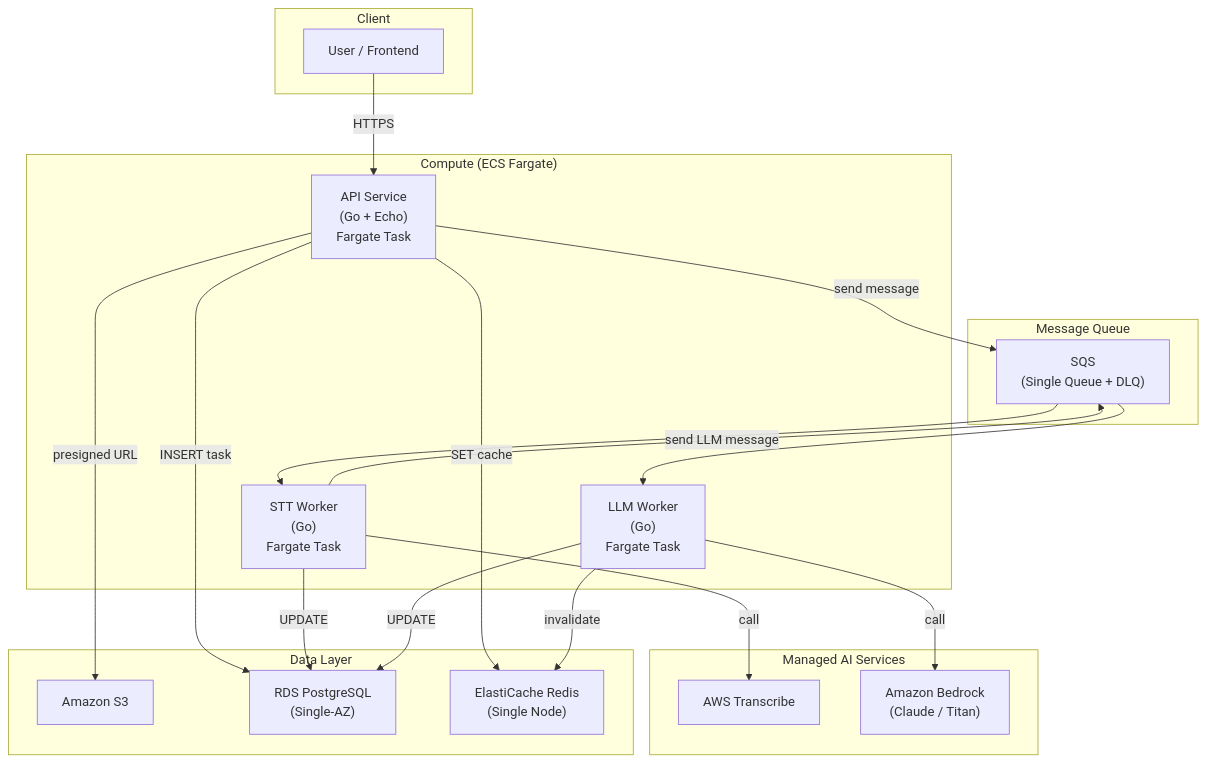
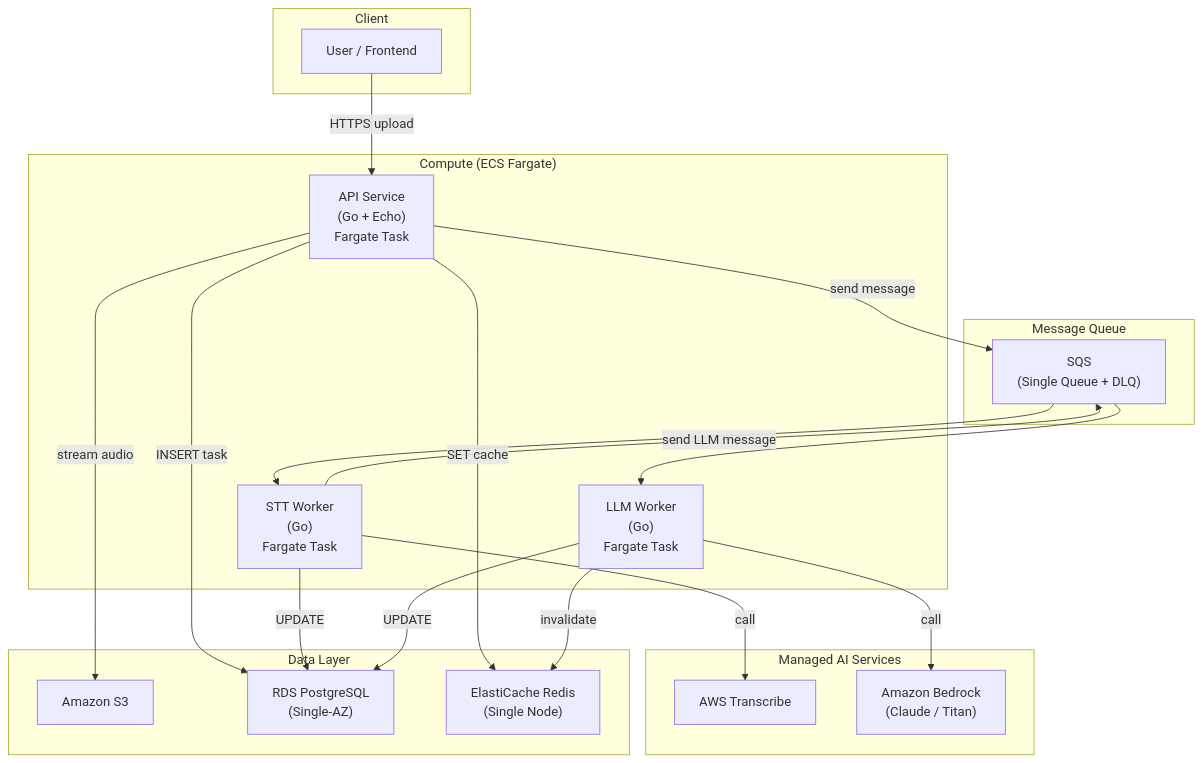
Before and after one commit to m24927605/system-architecture-design: the first of 12 diagrams in ARCHITECTURE.md, drawn with Mermaid. The commit also changed other lines of this file and 4 other files, not shown here.

Commit message:
Align architecture evolution with API uploads

````diff
--- a/ARCHITECTURE.md
+++ b/ARCHITECTURE.md
@@ -44,43 +44,43 @@
 ```mermaid
 graph TB
     subgraph Client
         User["User / Frontend"]
     end
 
     subgraph Compute["Compute (ECS Fargate)"]
         API["API Service<br/>(Go + Echo)<br/>Fargate Task"]
         STTW["STT Worker<br/>(Go)<br/>Fargate Task"]
         LLMW["LLM Worker<br/>(Go)<br/>Fargate Task"]
     end
 
     subgraph ManagedAI["Managed AI Services"]
         Transcribe["AWS Transcribe"]
         Bedrock["Amazon Bedrock<br/>(Claude / Titan)"]
     end
 
     subgraph Queue["Message Queue"]
         SQS["SQS<br/>(Single Queue + DLQ)"]
     end
 
     subgraph DataLayer["Data Layer"]
         S3["Amazon S3"]
         RDS["RDS PostgreSQL<br/>(Single-AZ)"]
         Redis["ElastiCache Redis<br/>(Single Node)"]
     end
 
-    User -->|HTTPS| API
-    API -->|presigned URL| S3
+    User -->|HTTPS upload| API
+    API -->|stream audio| S3
     API -->|INSERT task| RDS
     API -->|SET cache| Redis
     API -->|send message| SQS
 
     SQS --> STTW
     STTW -->|call| Transcribe
     STTW -->|UPDATE| RDS
     STTW -->|send LLM message| SQS
 
     SQS --> LLMW
     LLMW -->|call| Bedrock
     LLMW -->|UPDATE| RDS
     LLMW -->|invalidate| Redis
 ```
````
